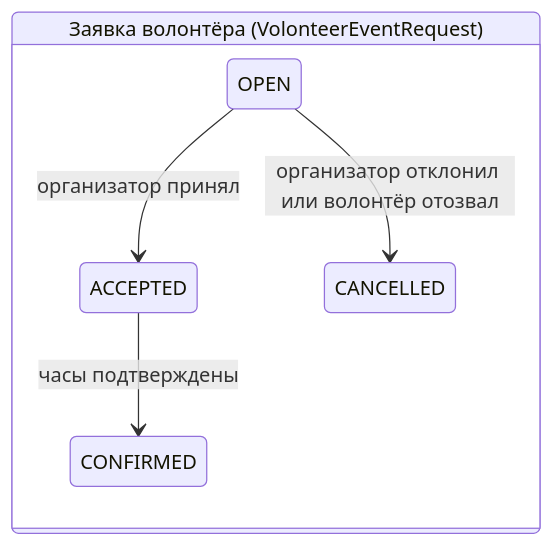
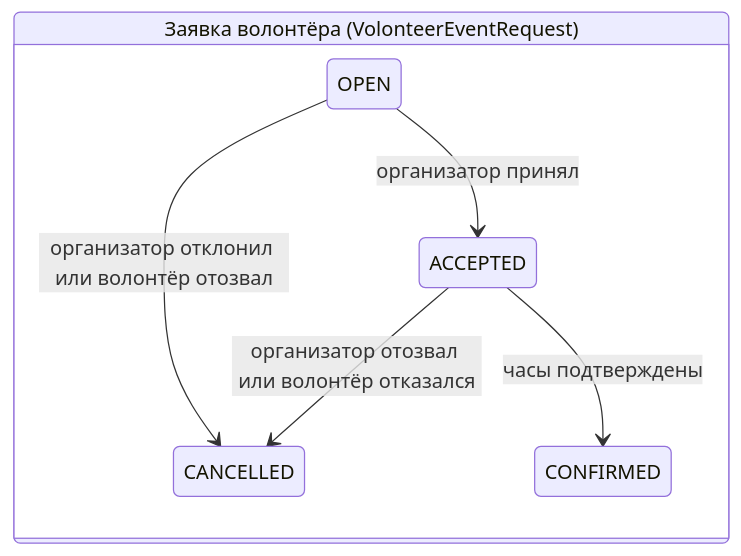
Before and after one commit to c1nqe/VolontiersDSTU: the third of 4 diagrams in README.md, drawn with Mermaid. The commit also changed other lines of this file and 33 other files, not shown here.

````diff
--- a/README.md
+++ b/README.md
@@ -164,9 +165,10 @@
 ```mermaid
 stateDiagram-v2
   direction LR
   state "Заявка волонтёра (VolonteerEventRequest)" as R {
     OPEN --> ACCEPTED: организатор принял
     OPEN --> CANCELLED: организатор отклонил или волонтёр отозвал
     ACCEPTED --> CONFIRMED: часы подтверждены
+    ACCEPTED --> CANCELLED: организатор отозвал или волонтёр отказался
   }
 ```
````
